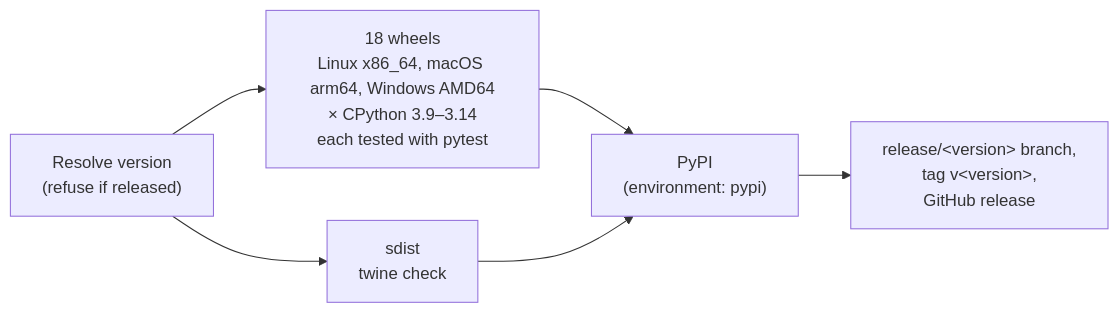
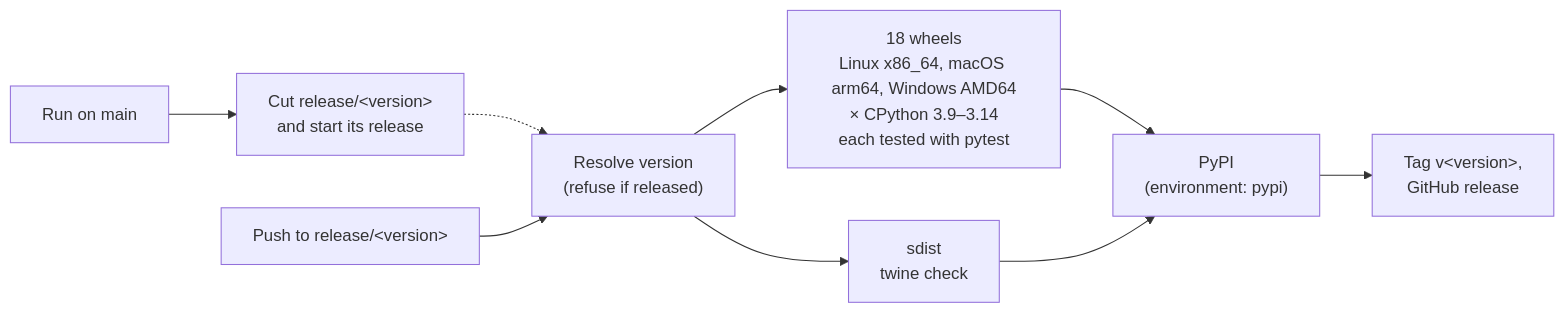
The diagram in docs/releasing.md (Debith/pygim), drawn with Mermaid before and after one commit. The commit also changed other lines of this file and 4 other files, not shown here.

First line of the commit message:
Release: nothing is released from main

````diff
--- a/docs/releasing.md
+++ b/docs/releasing.md
@@ -51,8 +54,11 @@
 ```mermaid
 flowchart LR
+    main["Run on main"] --> cut["Cut release/&lt;version&gt;<br/>and start its release"]
+    cut -.-> prepare
+    push["Push to release/&lt;version&gt;"] --> prepare
     prepare["Resolve version<br/>(refuse if released)"] --> wheels["18 wheels<br/>Linux x86_64, macOS arm64, Windows AMD64<br/>× CPython 3.9–3.14<br/>each tested with pytest"]
     prepare --> sdist["sdist<br/>twine check"]
     wheels --> publish["PyPI<br/>(environment: pypi)"]
     sdist --> publish
-    publish --> gh["release/&lt;version&gt; branch,<br/>tag v&lt;version&gt;,<br/>GitHub release"]
+    publish --> gh["Tag v&lt;version&gt;,<br/>GitHub release"]
 ```
````
